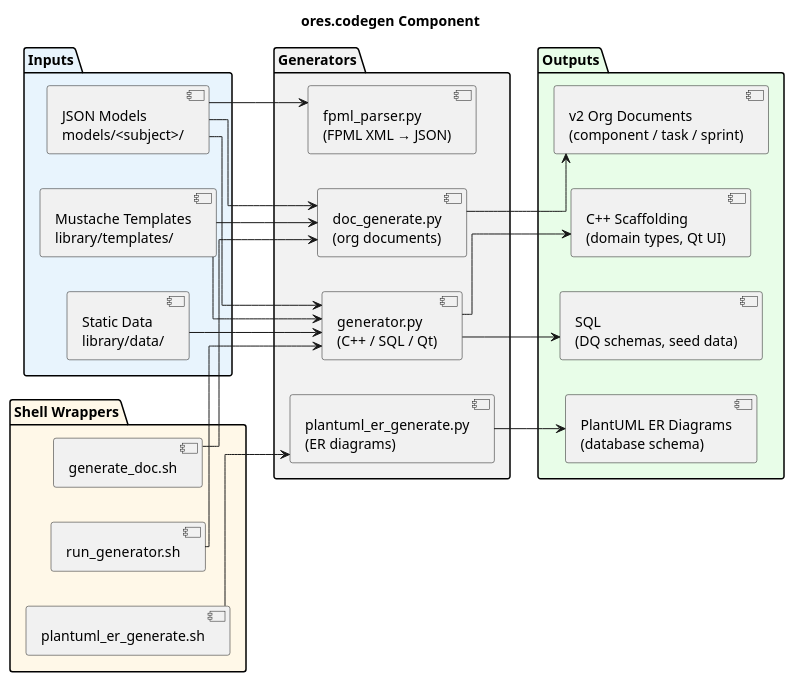
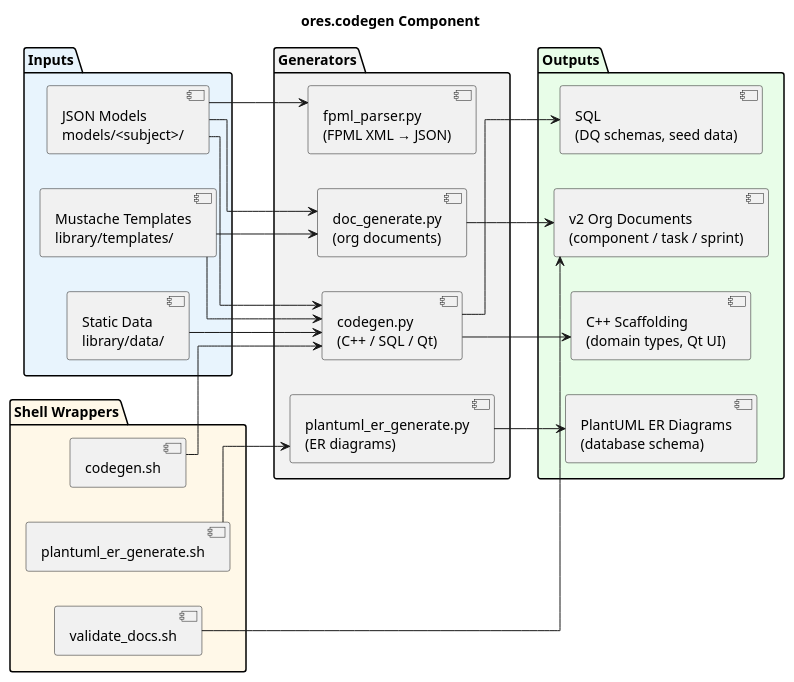
Before and after one commit to OreStudio/OreStudio: the diagram in projects/ores.codegen/modeling/ores.codegen.puml, drawn with PlantUML. The commit also changed 70 other files, not shown here.

```diff
--- a/projects/ores.codegen/modeling/ores.codegen.puml
+++ b/projects/ores.codegen/modeling/ores.codegen.puml
@@ -18,57 +18,57 @@
 @startuml
 
 title ores.codegen Component
 
 skinparam linetype ortho
 left to right direction
 
 package "Inputs" #E8F4FD {
     [JSON Models\nmodels/<subject>/] as models
     [Mustache Templates\nlibrary/templates/] as templates
     [Static Data\nlibrary/data/] as data
 }
 
 package "Generators" #F2F2F2 {
-    [generator.py\n(C++ / SQL / Qt)] as gen
+    [codegen.py\n(C++ / SQL / Qt)] as gen
     [doc_generate.py\n(org documents)] as docgen
     [fpml_parser.py\n(FPML XML → JSON)] as fpml
     [plantuml_er_generate.py\n(ER diagrams)] as ergen
 }
 
 package "Shell Wrappers" #FFF8E8 {
-    [run_generator.sh] as runsh
-    [generate_doc.sh] as docsh
+    [codegen.sh] as gensh
     [plantuml_er_generate.sh] as ersh
+    [validate_docs.sh] as valsh
 }
 
 package "Outputs" #E8FDE8 {
     [SQL\n(DQ schemas, seed data)] as sql
     [C++ Scaffolding\n(domain types, Qt UI)] as cpp
     [v2 Org Documents\n(component / task / sprint)] as orgdocs
     [PlantUML ER Diagrams\n(database schema)] as erdiag
 }
 
-runsh --> gen
-docsh --> docgen
+gensh --> gen
 ersh --> ergen
+valsh --> orgdocs
 
 models --> gen
 templates --> gen
 data --> gen
 
 models --> docgen
 templates --> docgen
 
 models --> fpml
 
 gen --> sql
 gen --> cpp
 
 docgen --> orgdocs
 
 ergen --> erdiag
 
 ' Local Variables:
 ' compile-command: "java -Djava.awt.headless=true -DPLANTUML_SECURITY_PROFILE=UNSECURE -DPLANTUML_LIMIT_SIZE=65535 -jar /usr/share/plantuml/plantuml.jar ores.codegen.puml"
 ' End:
 @enduml
```
